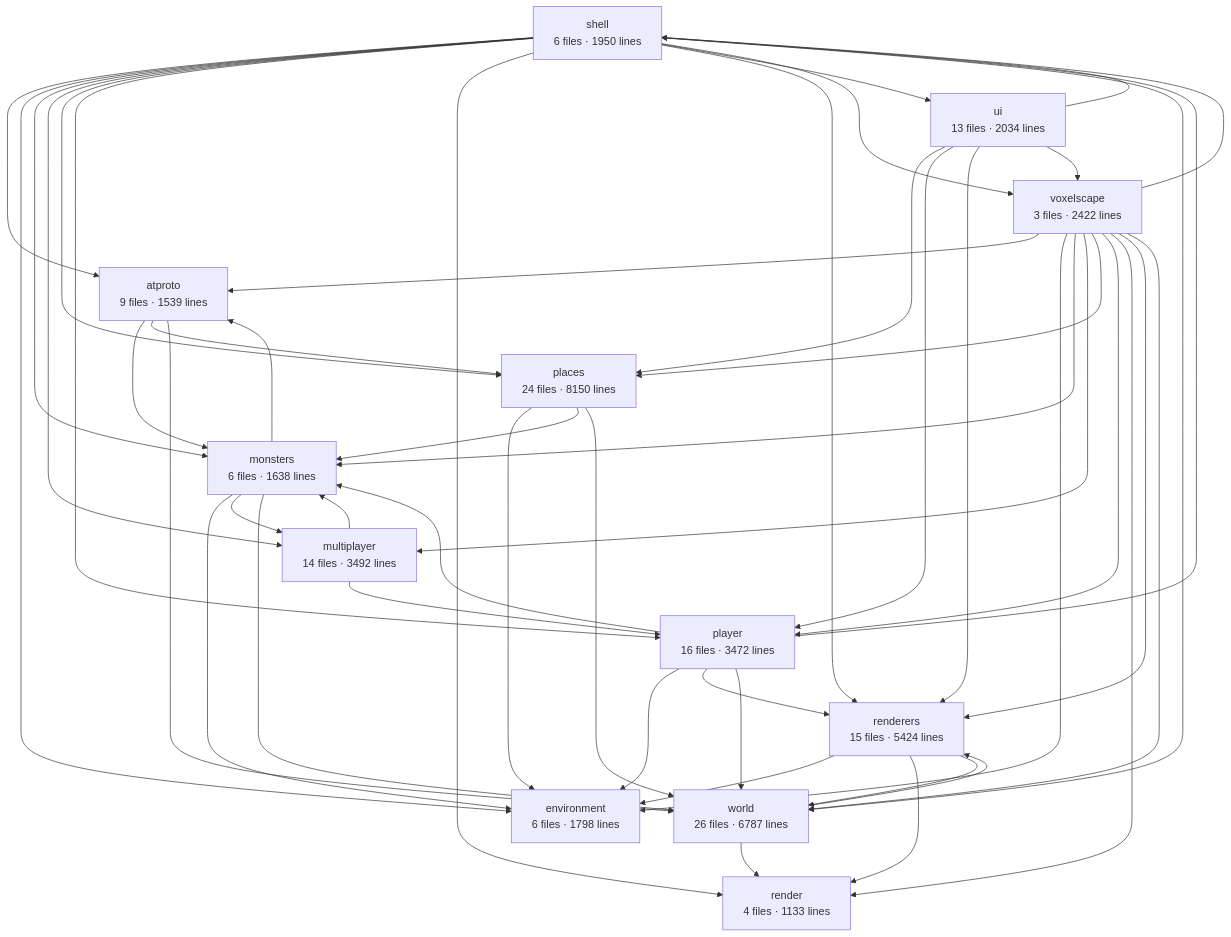
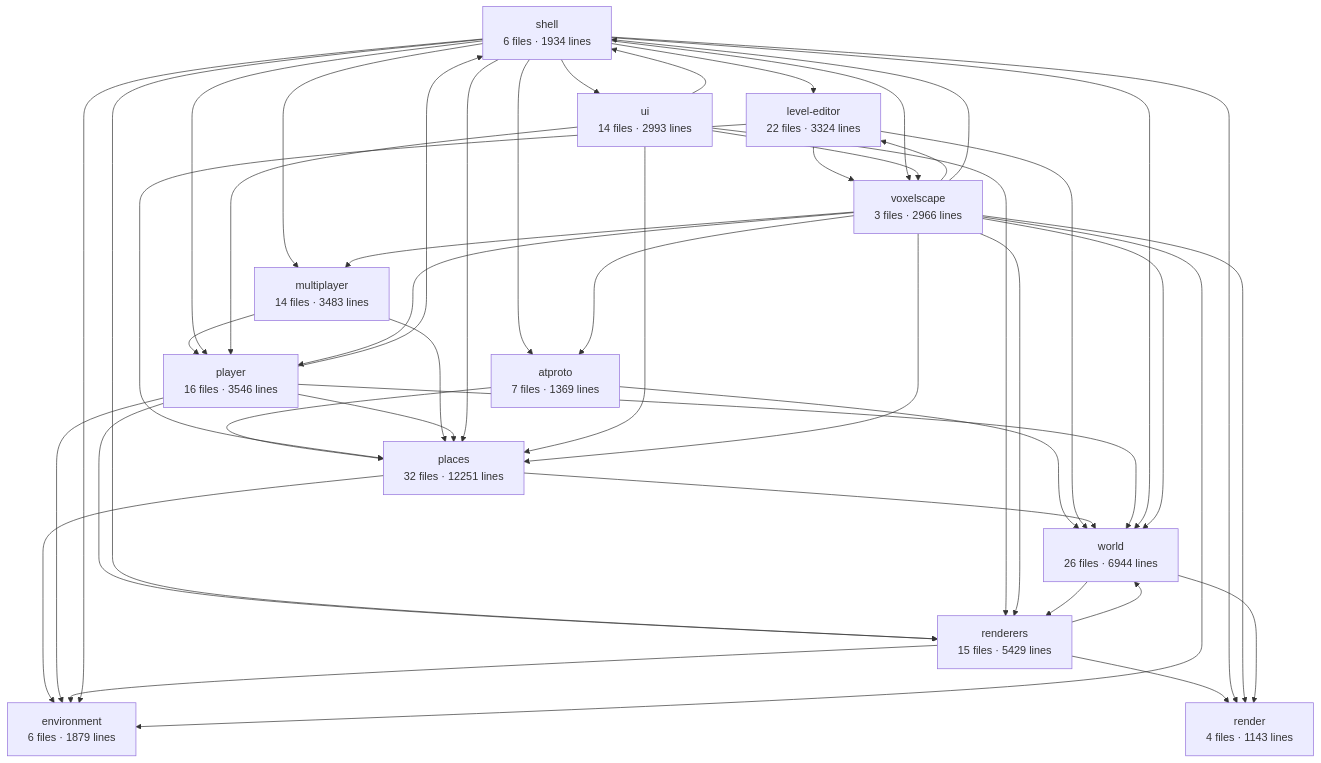
One commit to big-mesh-studios/big-mesh-studios changed the diagram in apps/voxelscape/docs/architecture.md. Above: the diagram before and after it, drawn with Mermaid. The commit also changed other lines of this file and 42 other files, not shown here.

Commit message:
level editor added, it is accessible via /place:level-editor

````diff
--- a/apps/voxelscape/docs/architecture.md
+++ b/apps/voxelscape/docs/architecture.md
@@ -6,63 +6,60 @@
 ```mermaid
 graph TD
-  shell["shell<br/>6 files · 1950 lines"]
-  voxelscape["voxelscape<br/>3 files · 2422 lines"]
-  world["world<br/>26 files · 6787 lines"]
-  renderers["renderers<br/>15 files · 5424 lines"]
-  render["render<br/>4 files · 1133 lines"]
-  player["player<br/>16 files · 3472 lines"]
-  monsters["monsters<br/>6 files · 1638 lines"]
-  multiplayer["multiplayer<br/>14 files · 3492 lines"]
-  places["places<br/>24 files · 8150 lines"]
-  environment["environment<br/>6 files · 1798 lines"]
-  atproto["atproto<br/>9 files · 1539 lines"]
-  ui["ui<br/>13 files · 2034 lines"]
-  atproto --> monsters
+  shell["shell<br/>6 files · 1934 lines"]
+  voxelscape["voxelscape<br/>3 files · 2966 lines"]
+  world["world<br/>26 files · 6944 lines"]
+  renderers["renderers<br/>15 files · 5429 lines"]
+  render["render<br/>4 files · 1143 lines"]
+  player["player<br/>16 files · 3546 lines"]
+  multiplayer["multiplayer<br/>14 files · 3483 lines"]
+  places["places<br/>32 files · 12251 lines"]
+  environment["environment<br/>6 files · 1879 lines"]
+  atproto["atproto<br/>7 files · 1369 lines"]
+  ui["ui<br/>14 files · 2993 lines"]
+  level-editor["level-editor<br/>22 files · 3324 lines"]
   atproto --> places
   atproto --> world
-  monsters --> atproto
-  monsters --> environment
-  monsters --> multiplayer
-  monsters --> world
-  multiplayer --> monsters
+  level-editor --> places
+  level-editor --> voxelscape
+  level-editor --> world
+  multiplayer --> places
   multiplayer --> player
   places --> environment
-  places --> monsters
   places --> world
   player --> environment
-  player --> monsters
+  player --> places
   player --> renderers
   player --> shell
   player --> world
   renderers --> environment
   renderers --> render
   renderers --> world
   shell --> atproto
   shell --> environment
-  shell --> monsters
+  shell --> level-editor
   shell --> multiplayer
   shell --> places
   shell --> player
   shell --> render
   shell --> renderers
   shell --> ui
   shell --> voxelscape
   shell --> world
   ui --> places
   ui --> player
   ui --> renderers
   ui --> shell
   ui --> voxelscape
   voxelscape --> atproto
   voxelscape --> environment
-  voxelscape --> monsters
+  voxelscape --> level-editor
   voxelscape --> multiplayer
   voxelscape --> places
   voxelscape --> player
   voxelscape --> render
   voxelscape --> renderers
   voxelscape --> shell
   voxelscape --> world
   world --> render
   world --> renderers
 ```
````
